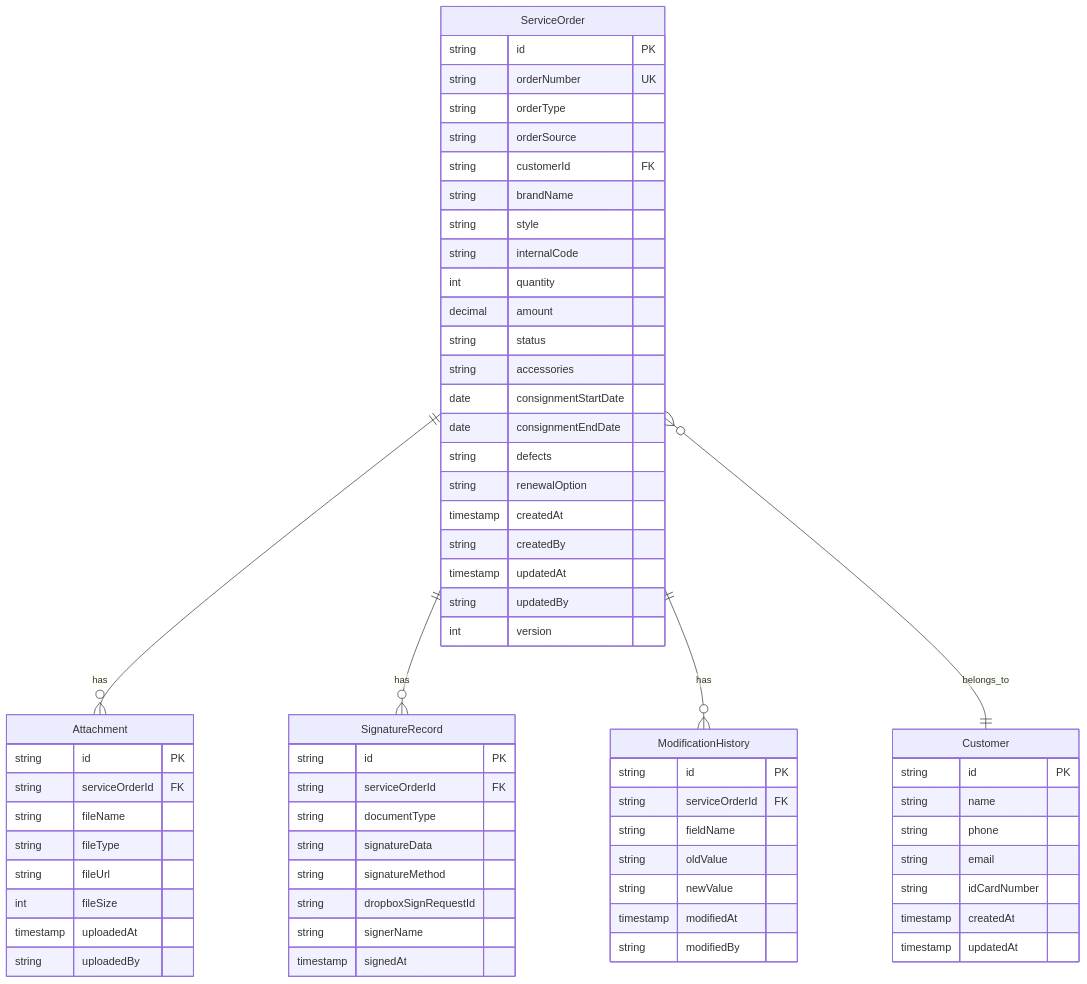
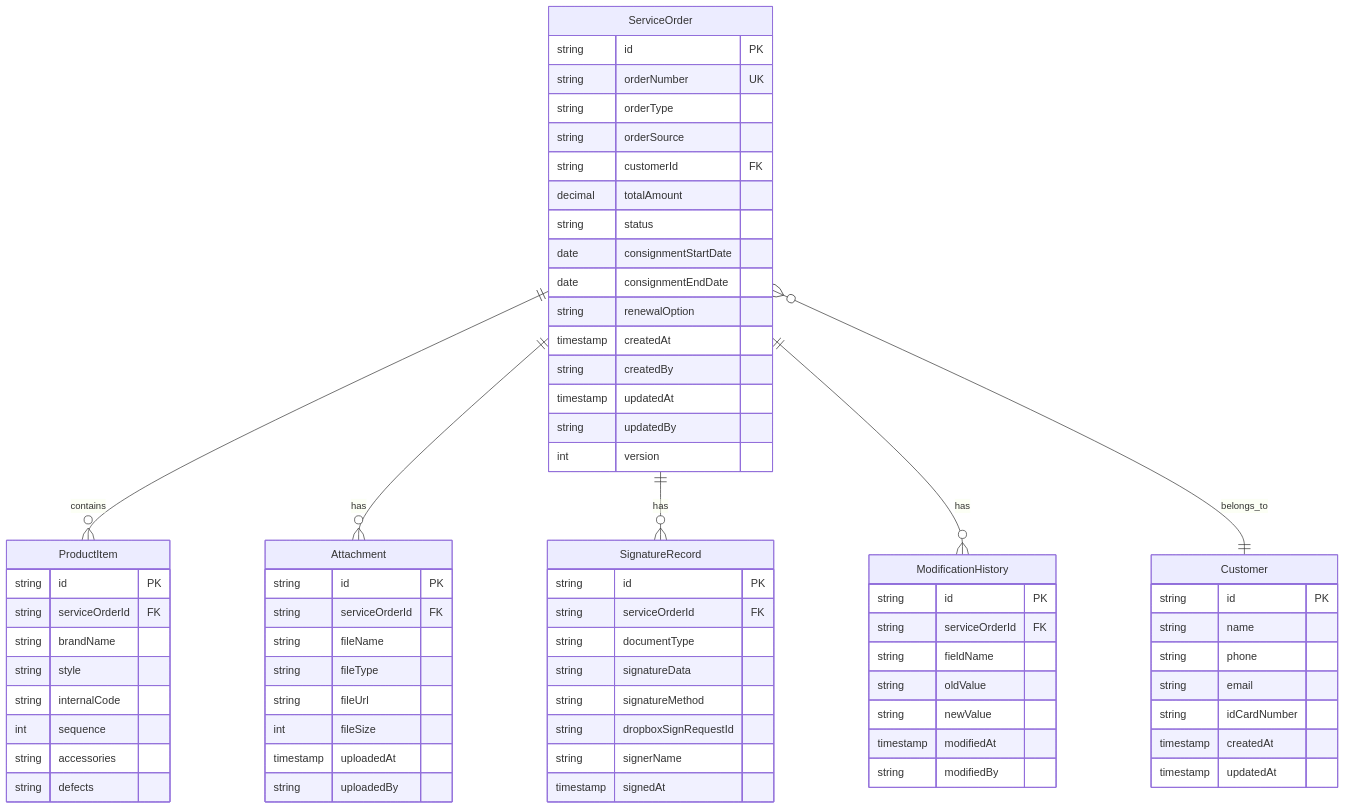
One commit to chuangmaster/v3-admin-vite changed the diagram in specs/004-service-order-management/data-model.md. Above: the diagram before and after it, drawn with Mermaid. The commit also changed other lines of this file and 2 other files, not shown here.

````diff
--- a/specs/004-service-order-management/data-model.md
+++ b/specs/004-service-order-management/data-model.md
@@ -11,73 +11,79 @@
 ```mermaid
 erDiagram
+    ServiceOrder ||--o{ ProductItem : contains
     ServiceOrder ||--o{ Attachment : has
     ServiceOrder ||--o{ SignatureRecord : has
     ServiceOrder ||--o{ ModificationHistory : has
     ServiceOrder }o--|| Customer : belongs_to
     
     ServiceOrder {
         string id PK
         string orderNumber UK
         string orderType
         string orderSource
         string customerId FK
-        string brandName
-        string style
-        string internalCode
-        int quantity
-        decimal amount
+        decimal totalAmount
         string status
-        string accessories
         date consignmentStartDate
         date consignmentEndDate
-        string defects
         string renewalOption
         timestamp createdAt
         string createdBy
         timestamp updatedAt
         string updatedBy
         int version
+    }
+    
+    ProductItem {
+        string id PK
+        string serviceOrderId FK
+        string brandName
+        string style
+        string internalCode
+        int sequence
+        string accessories
+        string defects
     }
     
     Customer {
         string id PK
         string name
         string phone
         string email
         string idCardNumber
         timestamp createdAt
         timestamp updatedAt
     }
     
     Attachment {
         string id PK
         string serviceOrderId FK
         string fileName
         string fileType
         string fileUrl
         int fileSize
         timestamp uploadedAt
         string uploadedBy
     }
     
     SignatureRecord {
         string id PK
         string serviceOrderId FK
         string documentType
         string signatureData
         string signatureMethod
         string dropboxSignRequestId
         string signerName
         timestamp signedAt
     }
     
     ModificationHistory {
         string id PK
         string serviceOrderId FK
         string fieldName
         string oldValue
         string newValue
         timestamp modifiedAt
         string modifiedBy
     }
 ```
````
